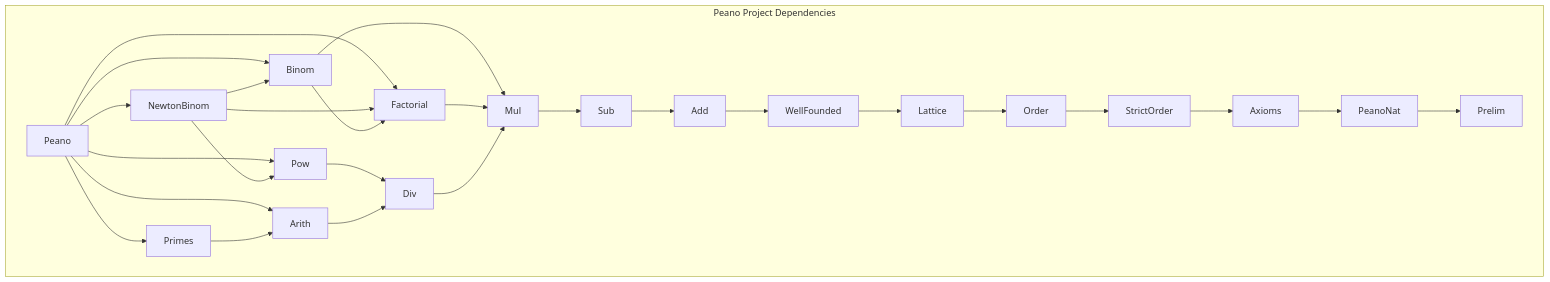
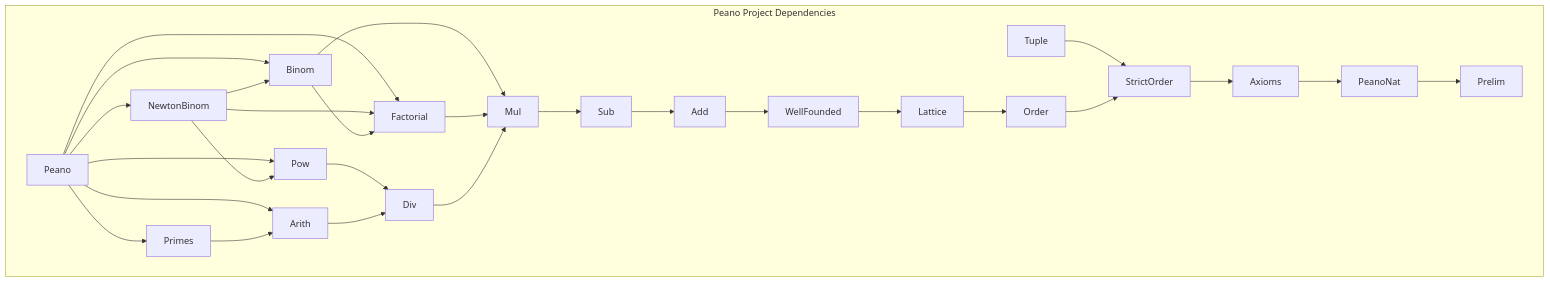
One commit to julian1c2a/Peano changed the diagram in DEPENDENCIES.md. Above: the diagram before and after it, drawn with Mermaid. The commit also changed other lines of this file and 10 other files, not shown here.

````diff
--- a/DEPENDENCIES.md
+++ b/DEPENDENCIES.md
@@ -14,35 +14,36 @@
 ```mermaid
 graph TD;
     subgraph Peano Project Dependencies
         Peano --> NewtonBinom;
         Peano --> Binom;
         Peano --> Factorial;
         Peano --> Pow;
         Peano --> Primes;
         Peano --> Arith;
 
         NewtonBinom --> Binom;
         NewtonBinom --> Factorial;
         NewtonBinom --> Pow;
 
         Binom --> Factorial;
         Binom --> Mul;
 
         Factorial --> Mul;
 
         Pow --> Div;
         Primes --> Arith;
         Arith --> Div;
 
         Div --> Mul;
         Mul --> Sub;
         Sub --> Add;
         Add --> WellFounded;
         WellFounded --> Lattice;
         Lattice --> Order;
+        Tuple --> StrictOrder;
         Order --> StrictOrder;
         StrictOrder --> Axioms;
         Axioms --> PeanoNat;
         PeanoNat --> Prelim;
     end
 ```
````
